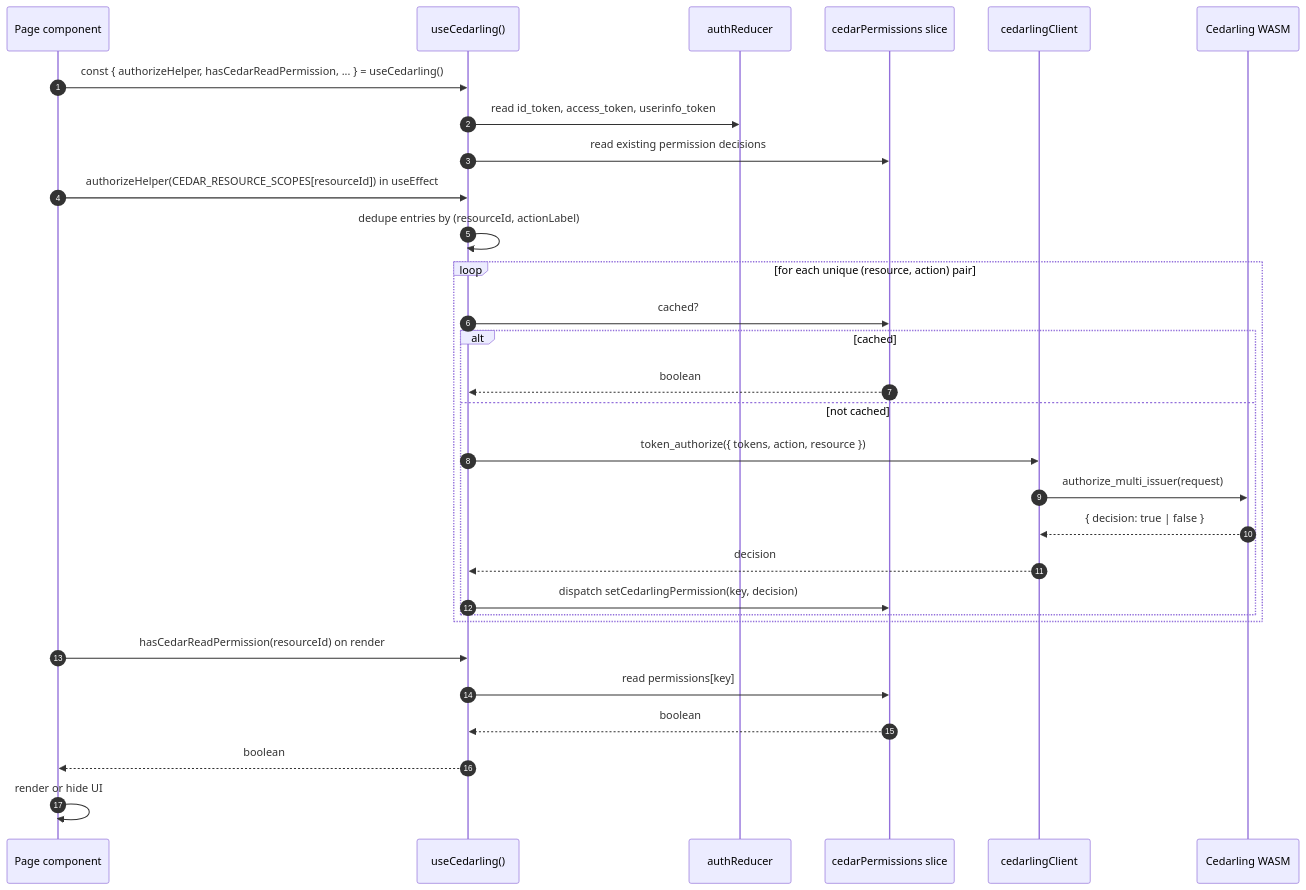
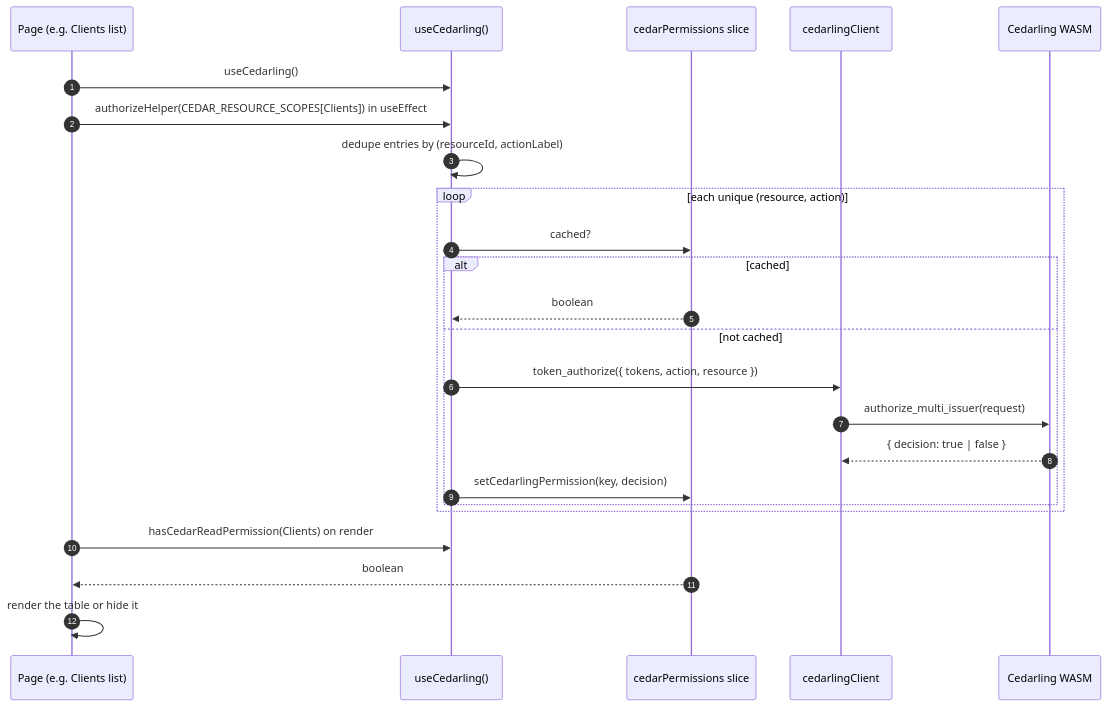
The second of 2 diagrams in admin-ui/docs/cedarling.md (GluuFederation/flex), drawn with Mermaid before and after one commit. The commit also changed other lines of this file and 10 other files, not shown here.

````diff
--- a/admin-ui/docs/cedarling.md
+++ b/admin-ui/docs/cedarling.md
@@ -47,33 +46,27 @@
 ```mermaid
 sequenceDiagram
     autonumber
-    participant Page as Page component
+    participant Page as Page (e.g. Clients list)
     participant Hook as useCedarling()
-    participant AuthState as authReducer
     participant Cache as cedarPermissions slice
     participant Client as cedarlingClient
     participant Wasm as Cedarling WASM
 
-    Page->>Hook: const { authorizeHelper, hasCedarReadPermission, ... } = useCedarling()
-    Hook->>AuthState: read id_token, access_token, userinfo_token
-    Hook->>Cache: read existing permission decisions
-    Page->>Hook: authorizeHelper(CEDAR_RESOURCE_SCOPES[resourceId]) in useEffect
+    Page->>Hook: useCedarling()
+    Page->>Hook: authorizeHelper(CEDAR_RESOURCE_SCOPES[Clients]) in useEffect
     Hook->>Hook: dedupe entries by (resourceId, actionLabel)
-    loop for each unique (resource, action) pair
+    loop each unique (resource, action)
         Hook->>Cache: cached?
         alt cached
             Cache-->>Hook: boolean
         else not cached
             Hook->>Client: token_authorize({ tokens, action, resource })
             Client->>Wasm: authorize_multi_issuer(request)
             Wasm-->>Client: { decision: true | false }
-            Client-->>Hook: decision
-            Hook->>Cache: dispatch setCedarlingPermission(key, decision)
+            Hook->>Cache: setCedarlingPermission(key, decision)
         end
     end
-    Page->>Hook: hasCedarReadPermission(resourceId) on render
-    Hook->>Cache: read permissions[key]
-    Cache-->>Hook: boolean
-    Hook-->>Page: boolean
-    Page->>Page: render or hide UI
+    Page->>Hook: hasCedarReadPermission(Clients) on render
+    Cache-->>Page: boolean
+    Page->>Page: render the table or hide it
 ```
````
